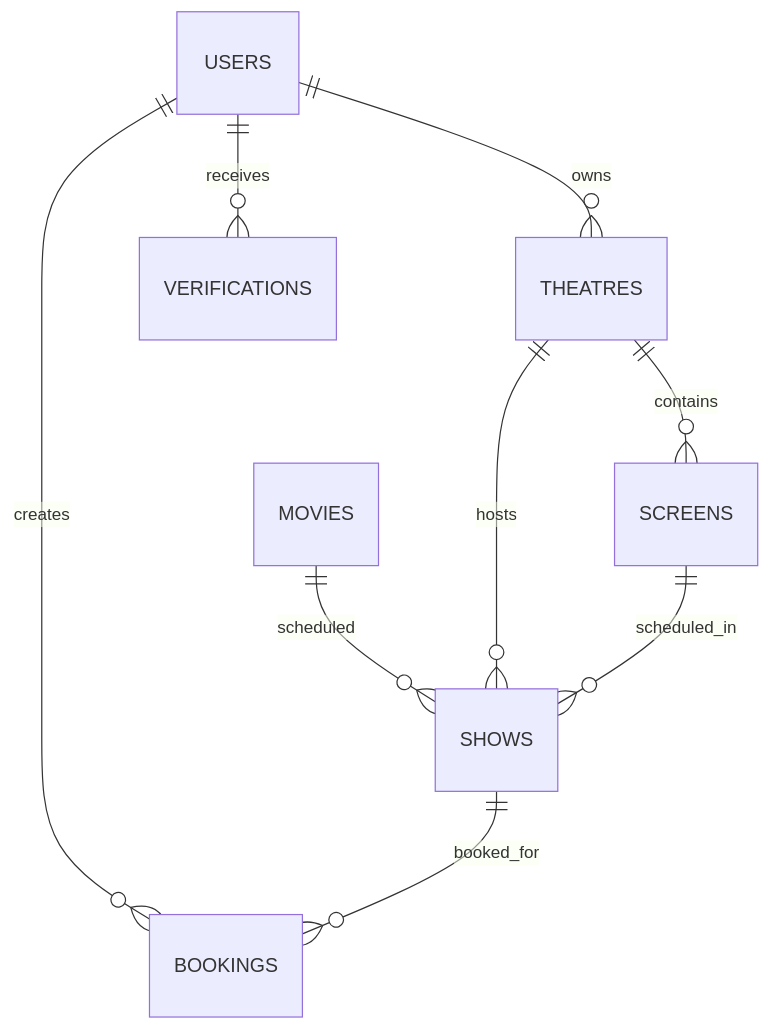
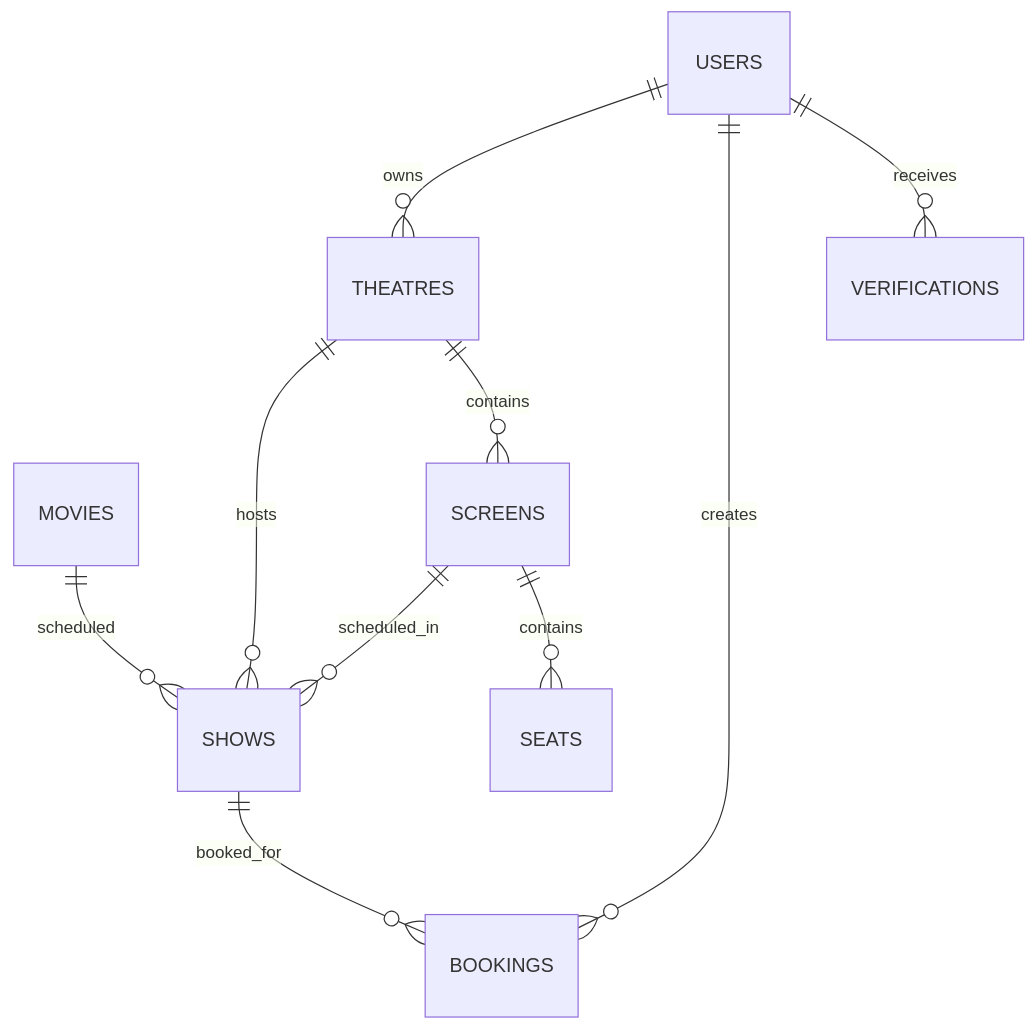
One commit to Shravan-509/BookMyShow changed diagram 11 of 12 in docs/ARCHITECTURE.md. Above: the diagram before and after it, drawn with Mermaid. The commit also changed other lines of this file and 31 other files, not shown here.

````diff
--- a/docs/ARCHITECTURE.md
+++ b/docs/ARCHITECTURE.md
@@ -681,14 +727,15 @@
 ```mermaid
 erDiagram
 
     USERS ||--o{ THEATRES : owns
     USERS ||--o{ BOOKINGS : creates
     USERS ||--o{ VERIFICATIONS : receives
 
     MOVIES ||--o{ SHOWS : scheduled
     THEATRES ||--o{ SHOWS : hosts
     THEATRES ||--o{ SCREENS : contains
     SCREENS ||--o{ SHOWS : scheduled_in
+    SCREENS ||--o{ SEATS : contains
 
     SHOWS ||--o{ BOOKINGS : booked_for
 ```
````
